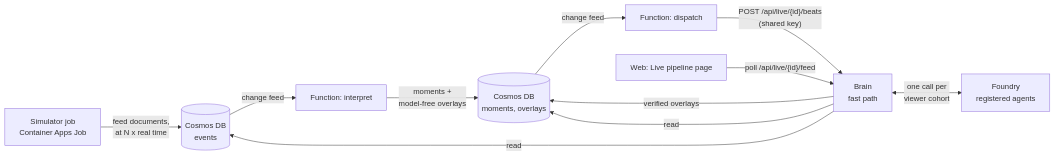
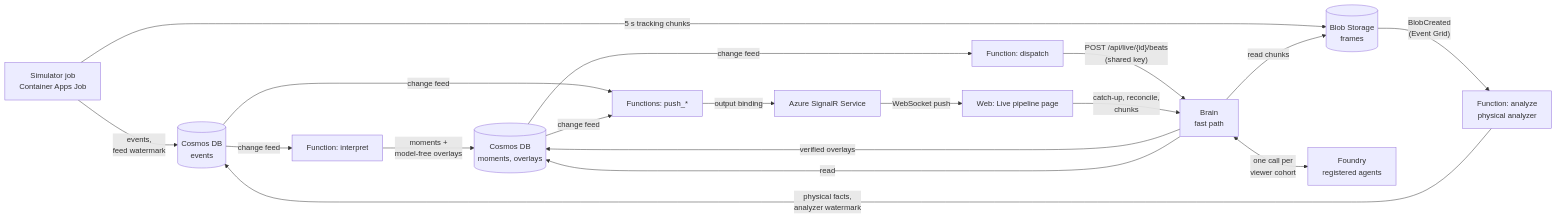
The diagram in docs/live-pipeline.md (kaanoguzkan/insidethegamehackathon), drawn with Mermaid before and after one commit. The commit also changed other lines of this file and 11 other files, not shown here.

Commit message:
Live pipeline: faster analyzer catch-up, SignalR credentials off, role fix, 12 s live dispatch deadline; docs

````diff
--- a/docs/live-pipeline.md
+++ b/docs/live-pipeline.md
@@ -6,13 +7,19 @@
 ```mermaid
 flowchart LR
-  JOB["Simulator job<br/>Container Apps Job"] -->|"feed documents,<br/>at N x real time"| EV[("Cosmos DB<br/>events")]
+  JOB["Simulator job<br/>Container Apps Job"] -->|"events,<br/>feed watermark"| EV[("Cosmos DB<br/>events")]
+  JOB -->|"5 s tracking chunks"| BL[("Blob Storage<br/>frames")]
+  BL -->|"BlobCreated<br/>(Event Grid)"| AN["Function: analyze<br/>physical analyzer"]
+  AN -->|"physical facts,<br/>analyzer watermark"| EV
   EV -->|change feed| INT["Function: interpret"]
   INT -->|"moments +<br/>model-free overlays"| MO[("Cosmos DB<br/>moments, overlays")]
   MO -->|change feed| DIS["Function: dispatch"]
   DIS -->|"POST /api/live/{id}/beats<br/>(shared key)"| BRAIN["Brain<br/>fast path"]
   BRAIN <-->|"one call per<br/>viewer cohort"| FOUNDRY["Foundry<br/>registered agents"]
   BRAIN -->|"verified overlays"| MO
-  WEB["Web: Live pipeline page"] -->|"poll /api/live/{id}/feed"| BRAIN
+  EV & MO -->|change feed| PUSH["Functions: push_*"]
+  PUSH -->|output binding| SR["Azure SignalR Service"]
+  SR -->|"WebSocket push"| WEB["Web: Live pipeline page"]
+  WEB -->|"catch-up, reconcile,<br/>chunks"| BRAIN
   BRAIN -->|read| MO
-  BRAIN -->|read| EV
+  BRAIN -->|"read chunks"| BL
 ```
````
